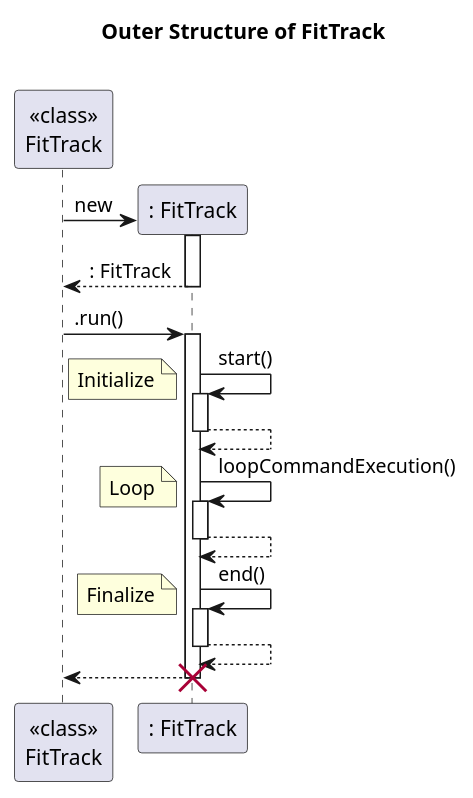
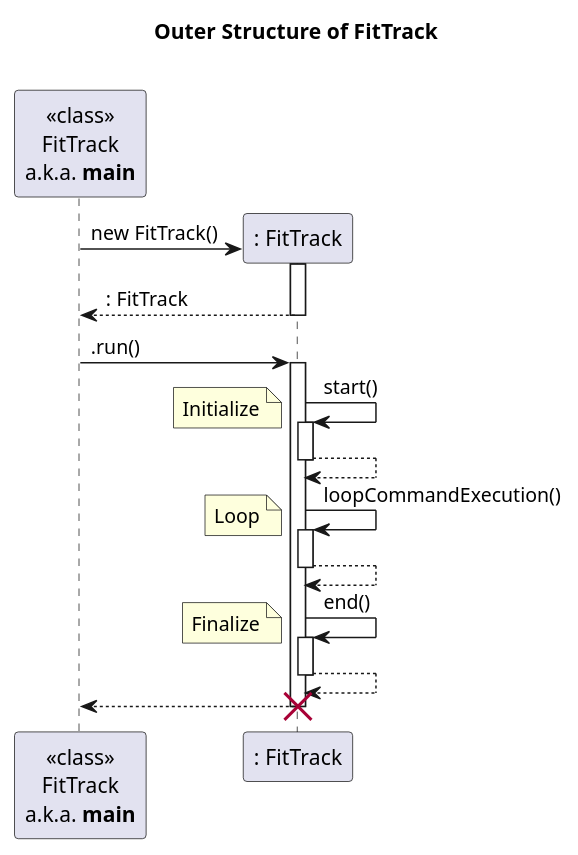
The diagram in docs/diagrams/FitTrackOuter.puml (nus-cs2113-AY2324S1/tp), drawn with PlantUML before and after one commit. The commit also changed 5 other files, not shown here.

Commit message:
Fix diagrams

```diff
--- a/docs/diagrams/FitTrackOuter.puml
+++ b/docs/diagrams/FitTrackOuter.puml
@@ -1,29 +1,29 @@
 @startuml
 
 title Outer Structure of FitTrack\n
 
-participant "<<class>>\nFitTrack" as main
+participant "<<class>>\nFitTrack\na.k.a. <b>main</b>" as main
 participant ": FitTrack" as core
 
 
 create core
-main -> core ++: new
+main -> core ++: new FitTrack()
 
 return : FitTrack
 
 main -> core ++: .run()
 
 core -> core ++: start()
 note left: Initialize
 return
 core -> core ++: loopCommandExecution()
 note left: Loop
 return
 core -> core ++: end()
 note left: Finalize
 return
 
 return
 destroy core
 
 @enduml
```
